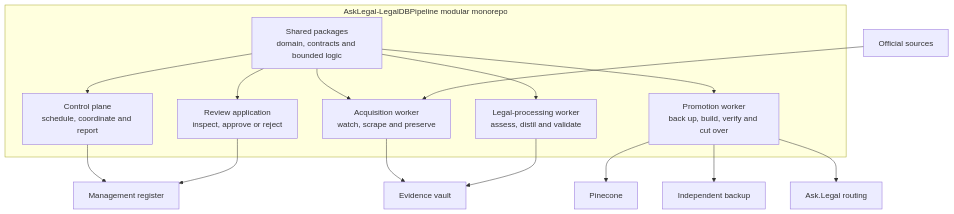
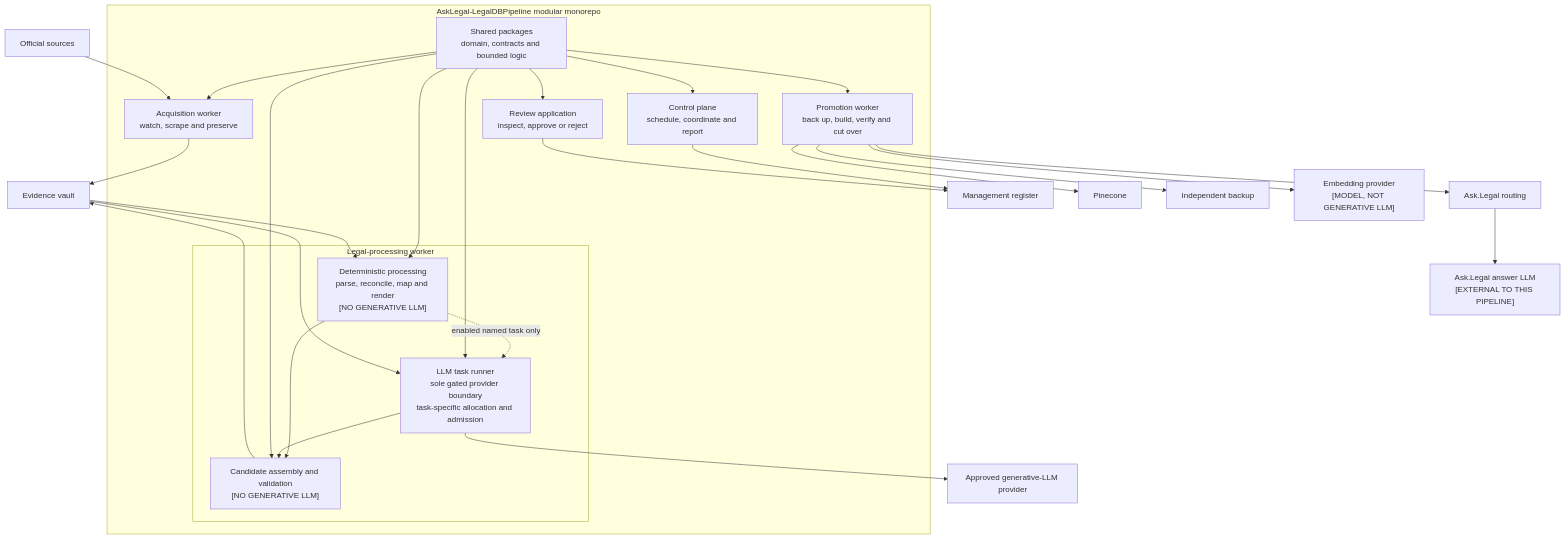
The eighth of 23 diagrams in docs/design/INITIAL_OVERALL_PIPELINE_DESIGN.md (stevw-repo/AutonomousLCP), drawn with Mermaid before and after one commit. The commit also changed other lines of this file and 96 other files, not shown here.

Commit message:
Checkpoint the complete greenfield legal database pipeline design

````diff
--- a/docs/design/INITIAL_OVERALL_PIPELINE_DESIGN.md
+++ b/docs/design/INITIAL_OVERALL_PIPELINE_DESIGN.md
@@ -355,26 +514,40 @@
 ```mermaid
 flowchart TB
     subgraph repo["AskLegal-LegalDBPipeline modular monorepo"]
         CP["Control plane<br/>schedule, coordinate and report"]
         RV["Review application<br/>inspect, approve or reject"]
         AC["Acquisition worker<br/>watch, scrape and preserve"]
-        LP["Legal-processing worker<br/>assess, distil and validate"]
+        subgraph LP["Legal-processing worker"]
+            LPD["Deterministic processing<br/>parse, reconcile, map and render<br/>[NO GENERATIVE LLM]"]
+            LLMR["LLM task runner<br/>sole gated provider boundary<br/>task-specific allocation and admission"]
+            LPC["Candidate assembly and validation<br/>[NO GENERATIVE LLM]"]
+            LPD --> LPC
+            LPD -. enabled named task only .-> LLMR
+            LLMR --> LPC
+        end
         PR["Promotion worker<br/>back up, build, verify and cut over"]
         PK["Shared packages<br/>domain, contracts and bounded logic"]
 
         PK --> CP
         PK --> RV
         PK --> AC
-        PK --> LP
+        PK --> LPD
+        PK --> LLMR
+        PK --> LPC
         PK --> PR
     end
 
     OS["Official sources"] --> AC
     AC --> EV["Evidence vault"]
-    LP --> EV
+    EV --> LPD
+    EV --> LLMR
+    LPC --> EV
     CP --> MR["Management register"]
     RV --> MR
     PR --> PC["Pinecone"]
     PR --> BK["Independent backup"]
     PR --> RT["Ask.Legal routing"]
+    LLMR --> GMP["Approved generative-LLM provider"]
+    PR --> EMP["Embedding provider<br/>[MODEL, NOT GENERATIVE LLM]"]
+    RT --> AQL["Ask.Legal answer LLM<br/>[EXTERNAL TO THIS PIPELINE]"]
 ```
````
